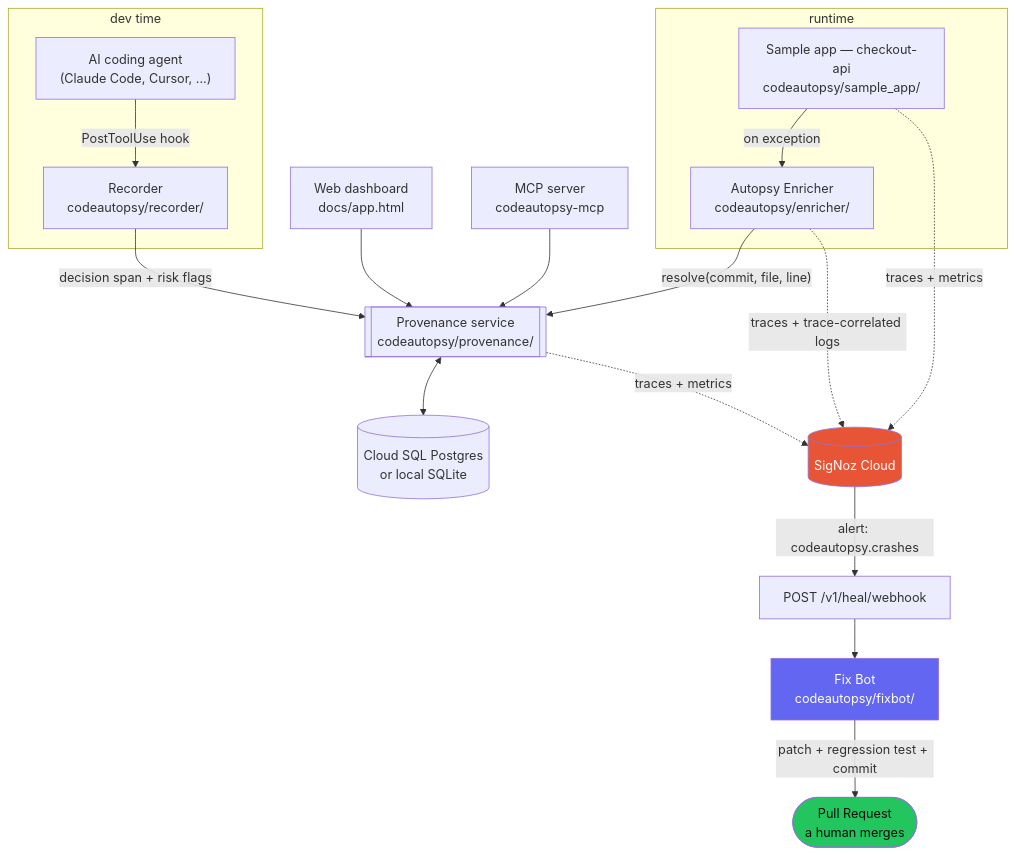
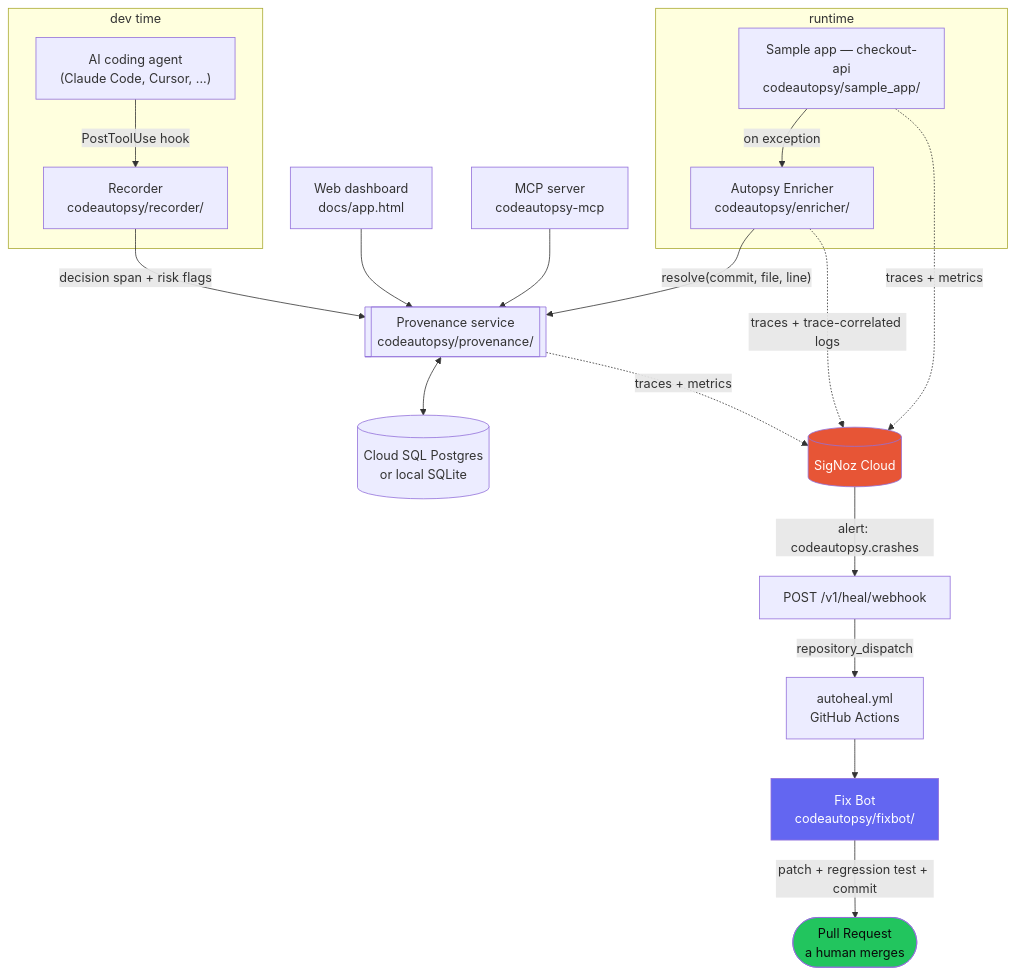
One commit to aniket-3001/codeautopsy changed the second of 2 diagrams in README.md. Above: the diagram before and after it, drawn with Mermaid. The commit also changed other lines of this file and 1 other file, not shown here.

````diff
--- a/README.md
+++ b/README.md
@@ -189,29 +178,30 @@
 ```mermaid
 flowchart TB
     subgraph DevTime["dev time"]
         Agent["AI coding agent<br/>(Claude Code, Cursor, ...)"] -->|PostToolUse hook| Recorder["Recorder<br/>codeautopsy/recorder/"]
     end
 
     Recorder -->|decision span + risk flags| Provenance[["Provenance service<br/>codeautopsy/provenance/"]]
     Provenance <--> DB[("Cloud SQL Postgres<br/>or local SQLite")]
 
     subgraph Runtime["runtime"]
         App["Sample app — checkout-api<br/>codeautopsy/sample_app/"] -->|on exception| Enricher["Autopsy Enricher<br/>codeautopsy/enricher/"]
     end
 
     Enricher -->|"resolve(commit, file, line)"| Provenance
     App -. traces + metrics .-> SigNoz[("SigNoz Cloud")]
     Enricher -. "traces + trace-correlated logs" .-> SigNoz
     Provenance -. traces + metrics .-> SigNoz
 
     SigNoz -->|"alert: codeautopsy.crashes"| Webhook["POST /v1/heal/webhook"]
-    Webhook --> FixBot["Fix Bot<br/>codeautopsy/fixbot/"]
+    Webhook -->|repository_dispatch| GHA["autoheal.yml<br/>GitHub Actions"]
+    GHA --> FixBot["Fix Bot<br/>codeautopsy/fixbot/"]
     FixBot -->|patch + regression test + commit| PR(["Pull Request<br/>a human merges"])
 
     Dashboard["Web dashboard<br/>docs/app.html"] --> Provenance
     MCPServer["MCP server<br/>codeautopsy-mcp"] --> Provenance
 
     style SigNoz fill:#E75536,color:#fff
     style PR fill:#22c55e,color:#0a0a0a
     style FixBot fill:#6366f1,color:#fff
 ```
````
